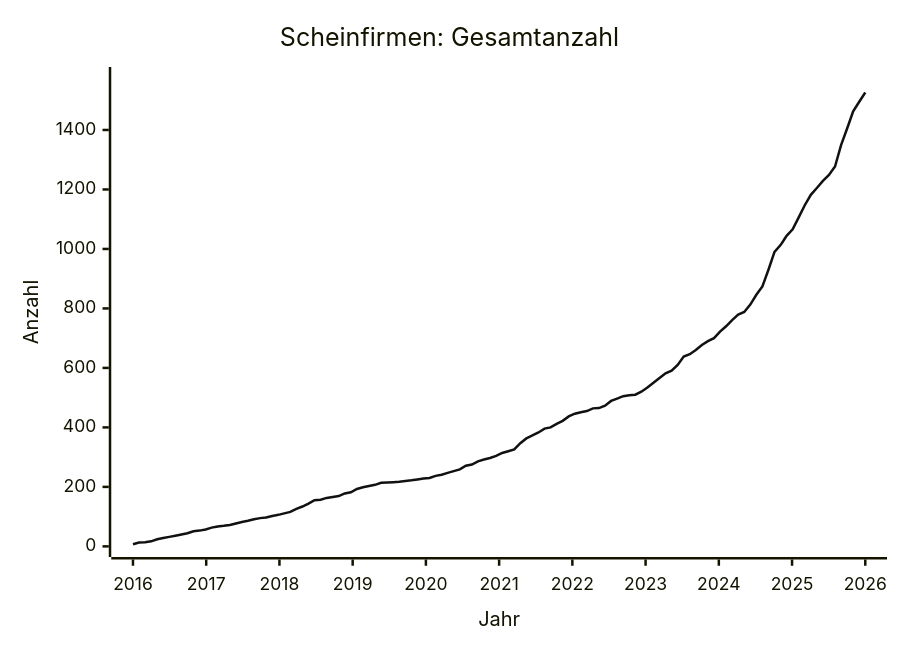
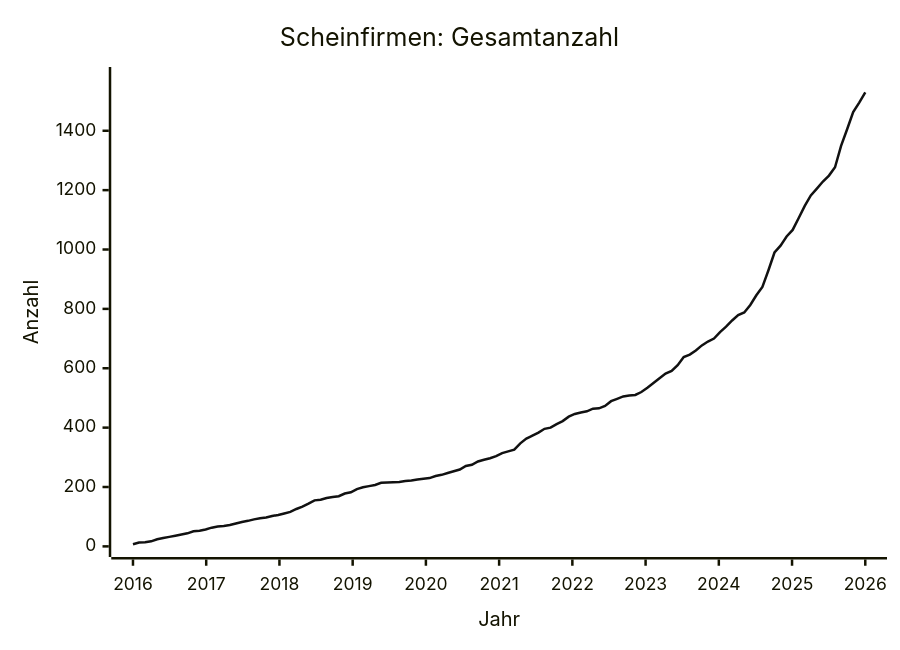
One commit to arjoma/scheinfirmen-at changed the diagram in data/STATS.md. Above: the diagram before and after it, drawn with Mermaid. The commit also changed other lines of this file and 3 other files, not shown here.

````diff
--- a/data/STATS.md
+++ b/data/STATS.md
@@ -9,13 +9,13 @@
 ```mermaid
 ---
 config:
   themeVariables:
     xyChart:
       plotColorPalette: "#111111"
 ---
 xychart-beta
     title "Scheinfirmen: Gesamtanzahl"
     x-axis "Jahr" 2016 --> 2026
-    y-axis "Anzahl" 0 --> 1576
-    line [7, 13, 14, 17, 24, 28, 32, 36, 40, 44, 51, 53, 57, 63, 67, 69, 72, 77, 82, 86, 91, 95, 97, 102, 106, 111, 116, 126, 134, 144, 155, 157, 163, 166, 169, 178, 182, 193, 199, 203, 207, 214, 215, 216, 217, 220, 222, 225, 228, 230, 237, 241, 247, 253, 259, 271, 275, 286, 292, 297, 304, 314, 320, 326, 347, 363, 373, 383, 396, 400, 412, 422, 437, 446, 451, 455, 464, 465, 473, 489, 497, 505, 508, 510, 520, 534, 550, 566, 582, 591, 610, 638, 646, 660, 677, 690, 700, 722, 740, 761, 779, 788, 813, 846, 874, 930, 990, 1013, 1044, 1066, 1106, 1147, 1182, 1205, 1229, 1249, 1277, 1349, 1405, 1463, 1495, 1526]
+    y-axis "Anzahl" 0 --> 1579
+    line [7, 13, 14, 17, 24, 28, 32, 36, 40, 44, 51, 53, 57, 63, 67, 69, 72, 77, 82, 86, 91, 95, 97, 102, 106, 111, 116, 126, 134, 144, 155, 157, 163, 166, 169, 178, 182, 193, 199, 203, 207, 214, 215, 216, 217, 220, 222, 225, 228, 230, 237, 241, 247, 253, 259, 271, 275, 286, 292, 297, 304, 314, 320, 326, 347, 363, 373, 383, 396, 400, 412, 422, 437, 446, 451, 455, 464, 465, 473, 489, 497, 505, 508, 510, 520, 534, 550, 566, 582, 591, 610, 638, 646, 660, 677, 690, 700, 722, 740, 761, 779, 788, 813, 846, 874, 930, 990, 1013, 1044, 1066, 1106, 1147, 1182, 1205, 1229, 1249, 1277, 1349, 1405, 1463, 1495, 1529]
 ```
````
